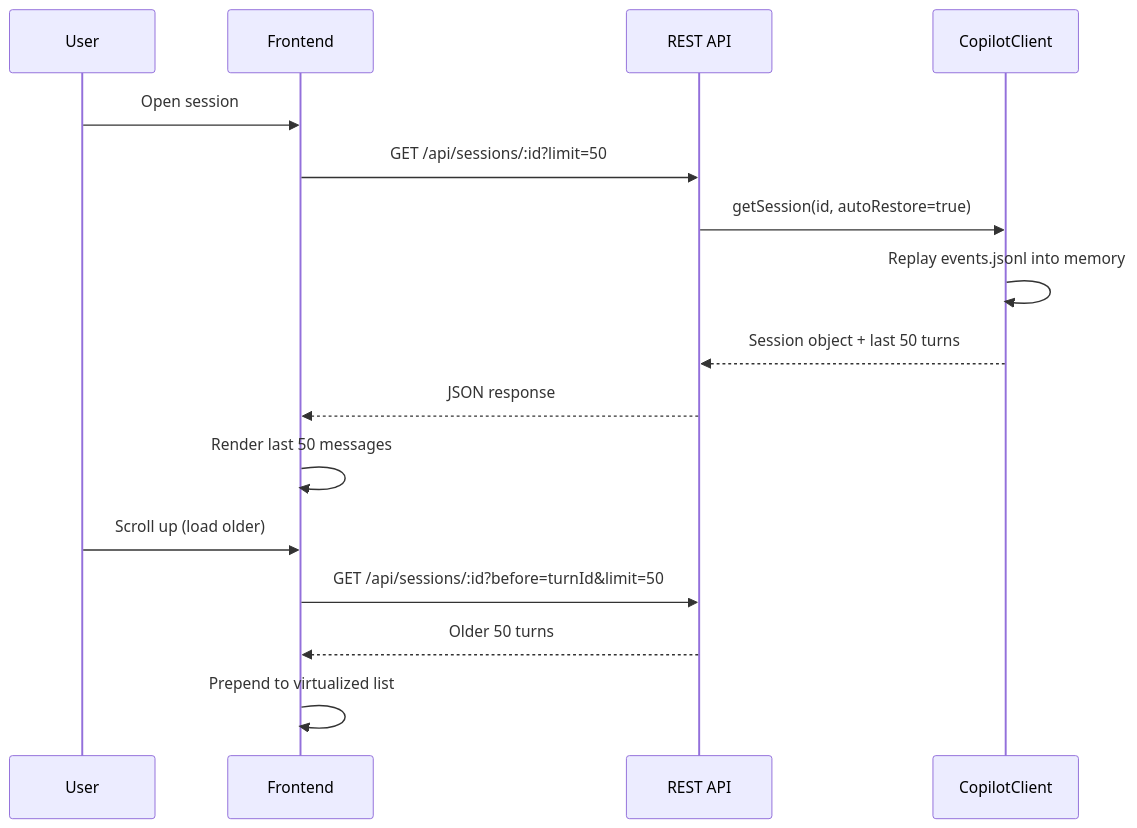
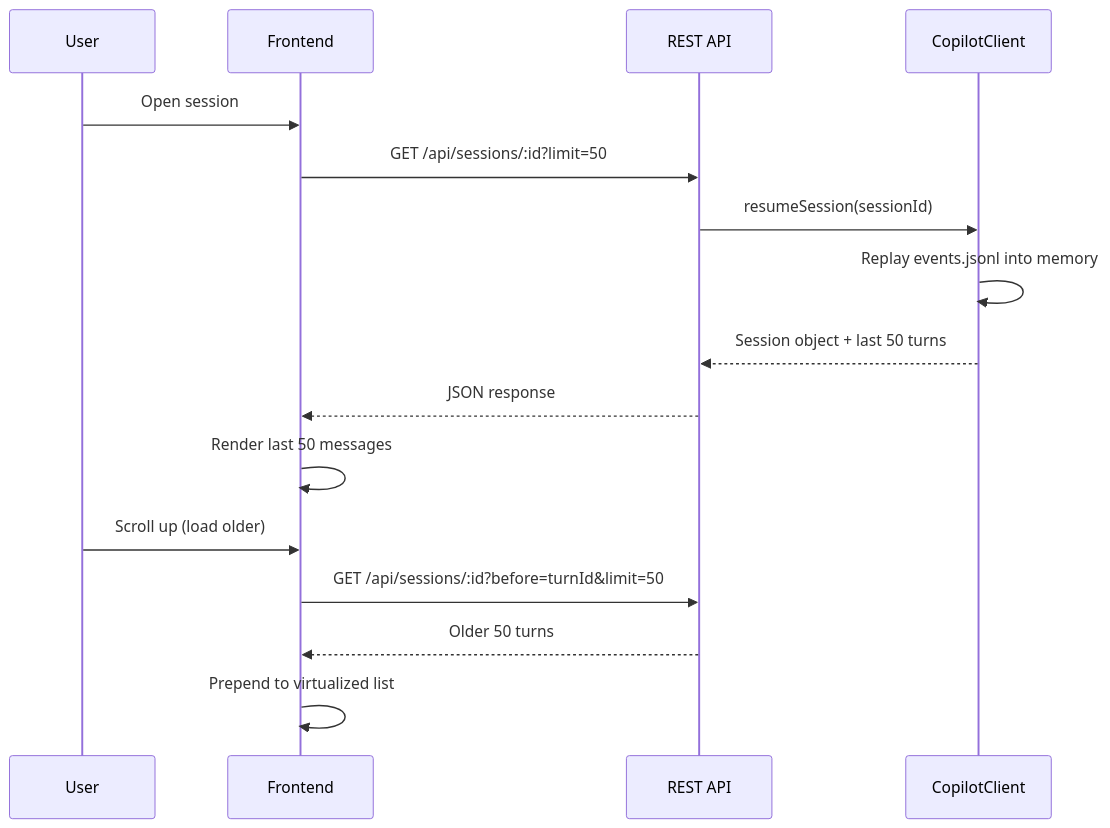
The fourth of 7 diagrams in .local/docs/copilot-cli-session/08-constraints-and-requirements.md (ming86/vscode), drawn with Mermaid before and after one commit. The commit also changed other lines of this file and 8 other files, not shown here.

````diff
--- a/.local/docs/copilot-cli-session/08-constraints-and-requirements.md
+++ b/.local/docs/copilot-cli-session/08-constraints-and-requirements.md
@@ -245,20 +245,20 @@
 ```mermaid
 sequenceDiagram
     participant User
     participant FE as Frontend
     participant API as REST API
     participant SDK as CopilotClient
 
     User->>FE: Open session
     FE->>API: GET /api/sessions/:id?limit=50
-    API->>SDK: getSession(id, autoRestore=true)
+    API->>SDK: resumeSession(sessionId)
     SDK->>SDK: Replay events.jsonl into memory
     SDK-->>API: Session object + last 50 turns
     API-->>FE: JSON response
     FE->>FE: Render last 50 messages
 
     User->>FE: Scroll up (load older)
     FE->>API: GET /api/sessions/:id?before=turnId&limit=50
     API-->>FE: Older 50 turns
     FE->>FE: Prepend to virtualized list
 ```
````
